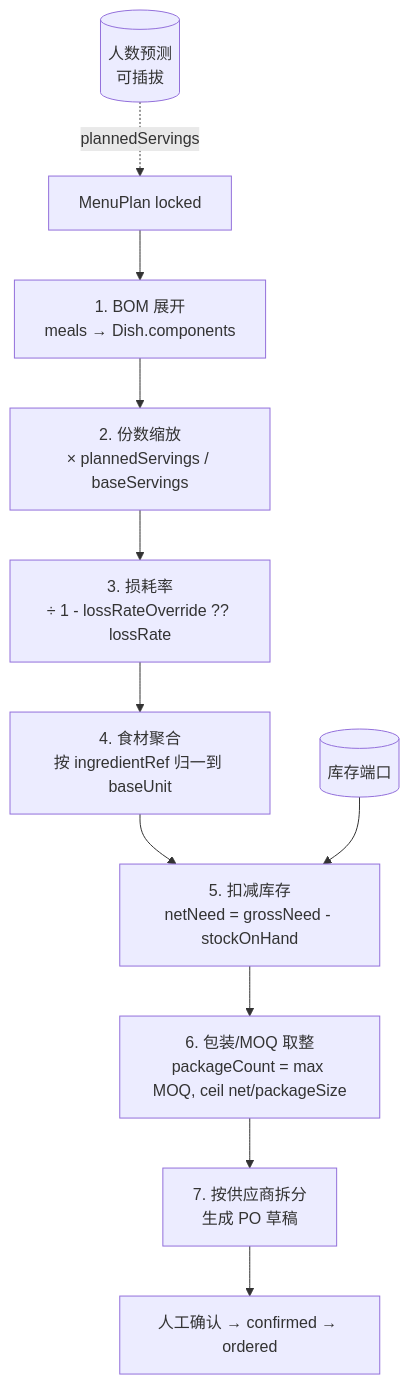
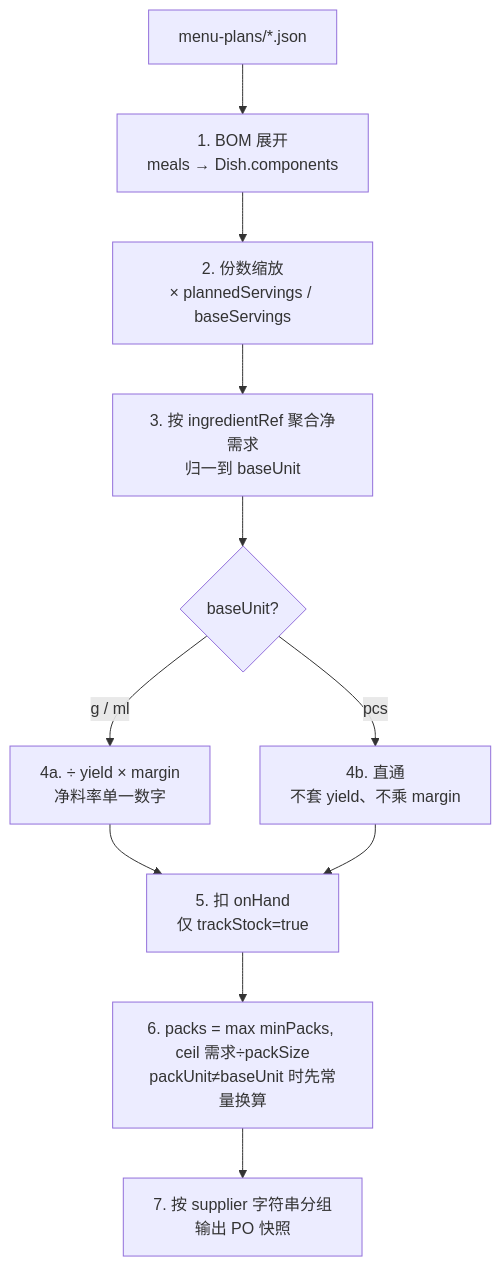
Before and after one commit to TERRYYYC/canteen-os: the diagram in docs/modules/procurement.md, drawn with Mermaid. The commit also changed other lines of this file and 76 other files, not shown here.

First line of the commit message:
feat!: v2 收窄落地 — ADR-0006、5 实体 schema、采购引擎实现、skill 直出 dish

````diff
--- a/docs/modules/procurement.md
+++ b/docs/modules/procurement.md
@@ -36,13 +39,13 @@
 ```mermaid
 flowchart TD
-    A[MenuPlan locked] --> B[1. BOM 展开\nmeals → Dish.components]
-    B --> C[2. 份数缩放\n× plannedServings / baseServings]
-    C --> D[3. 损耗率\n÷ 1 - lossRateOverride ?? lossRate]
-    D --> E[4. 食材聚合\n按 ingredientRef 归一到 baseUnit]
-    E --> F[5. 扣减库存\nnetNeed = grossNeed - stockOnHand]
-    F --> G[6. 包装/MOQ 取整\npackageCount = max MOQ, ceil net/packageSize]
-    G --> H[7. 按供应商拆分\n生成 PO 草稿]
-    H --> I[人工确认 → confirmed → ordered]
-    P[(人数预测\n可插拔)] -.->|plannedServings| A
-    S[(库存端口)] --> F
+    A[menu-plans/*.json] --> B[1. BOM 展开<br/>meals → Dish.components]
+    B --> C[2. 份数缩放<br/>× plannedServings / baseServings]
+    C --> D[3. 按 ingredientRef 聚合净需求<br/>归一到 baseUnit]
+    D --> E{baseUnit?}
+    E -->|g / ml| F[4a. ÷ yield × margin<br/>净料率单一数字]
+    E -->|pcs| G[4b. 直通<br/>不套 yield、不乘 margin]
+    F --> H[5. 扣 onHand<br/>仅 trackStock=true]
+    G --> H
+    H --> I[6. packs = max minPacks, ceil 需求÷packSize<br/>packUnit≠baseUnit 时先常量换算]
+    I --> J[7. 按 supplier 字符串分组<br/>输出 PO 快照]
 ```
````
